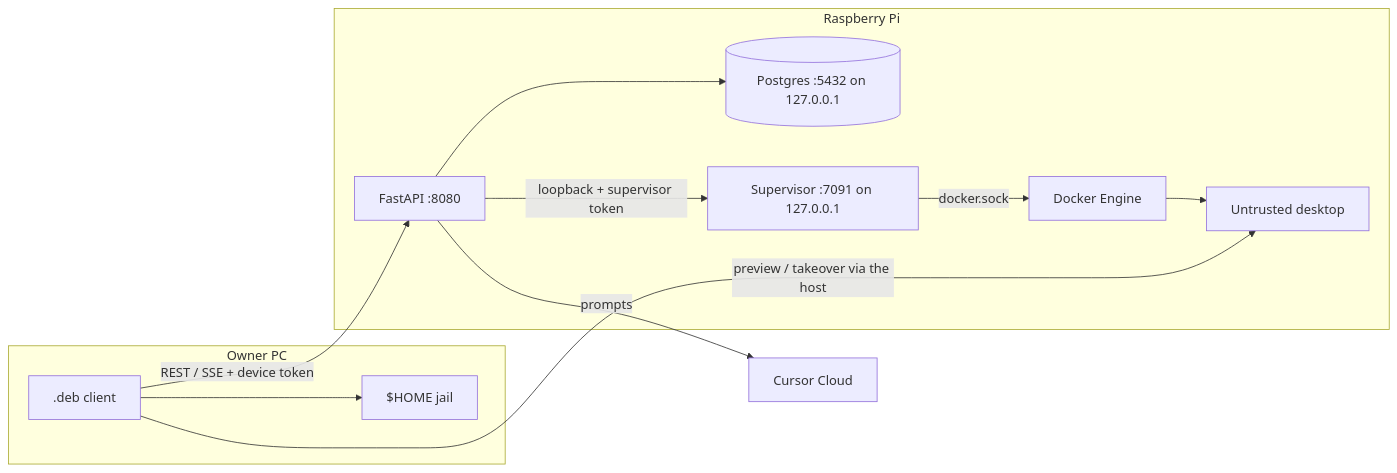
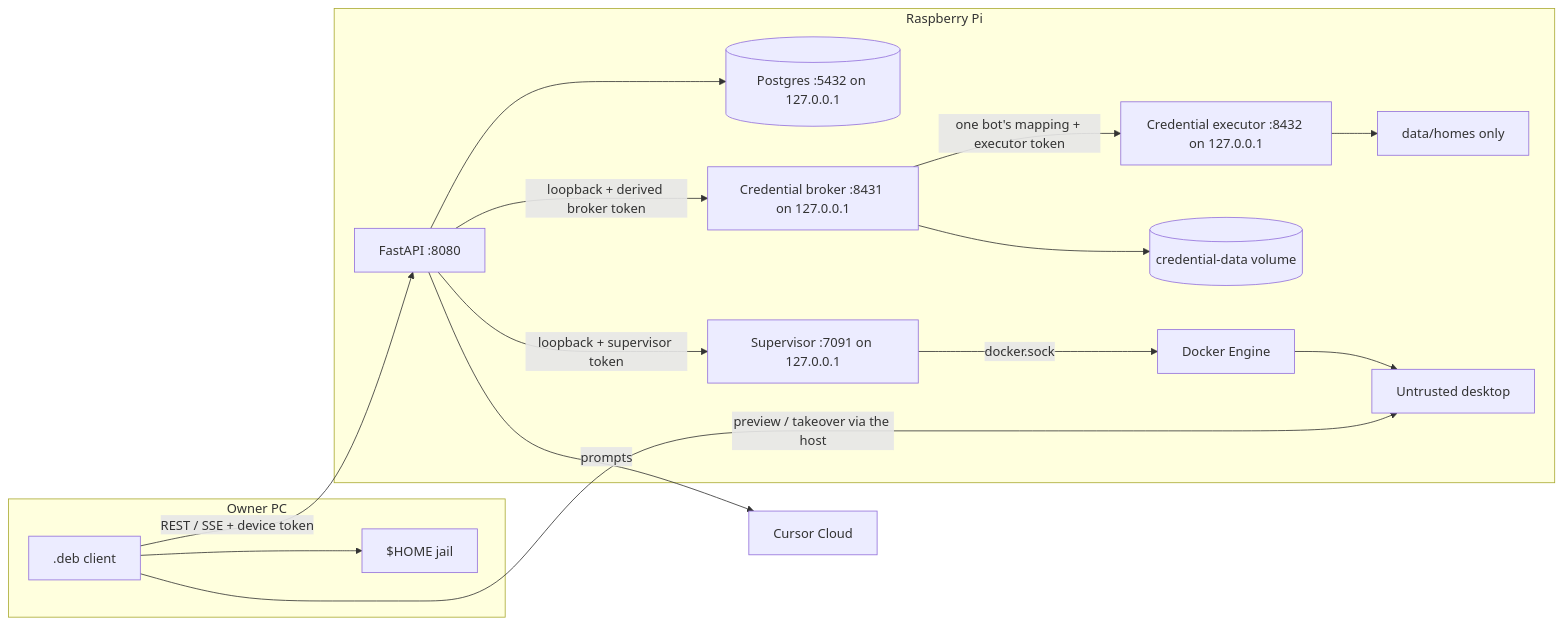
Before and after one commit to itsuppartem/artek-buddy: the diagram in THREAT-MODEL.md, drawn with Mermaid. The commit also changed other lines of this file and 40 other files, not shown here.

Commit message:
feat: isolate bot credentials behind broker

````diff
--- a/THREAT-MODEL.md
+++ b/THREAT-MODEL.md
@@ -33,23 +34,31 @@
 ```mermaid
 flowchart LR
   subgraph ownerPC [Owner PC]
     Deb[".deb client"]
     Home["$HOME jail"]
   end
   subgraph pi [Raspberry Pi]
     API["FastAPI :8080"]
     DB[(Postgres :5432 on 127.0.0.1)]
     Super["Supervisor :7091 on 127.0.0.1"]
+    Broker["Credential broker :8431 on 127.0.0.1"]
+    Executor["Credential executor :8432 on 127.0.0.1"]
+    Creds[(credential-data volume)]
+    Homes["data/homes only"]
     Engine["Docker Engine"]
     Box["Untrusted desktop"]
   end
   Cursor["Cursor Cloud"]
   Deb -->|"REST / SSE + device token"| API
   Deb --> Home
   API --> DB
   API -->|"prompts"| Cursor
   API -->|"loopback + supervisor token"| Super
+  API -->|"loopback + derived broker token"| Broker
+  Broker --> Creds
+  Broker -->|"one bot's mapping + executor token"| Executor
+  Executor --> Homes
   Super -->|"docker.sock"| Engine
   Engine --> Box
   Deb -->|"preview / takeover via the host"| Box
 ```
````
